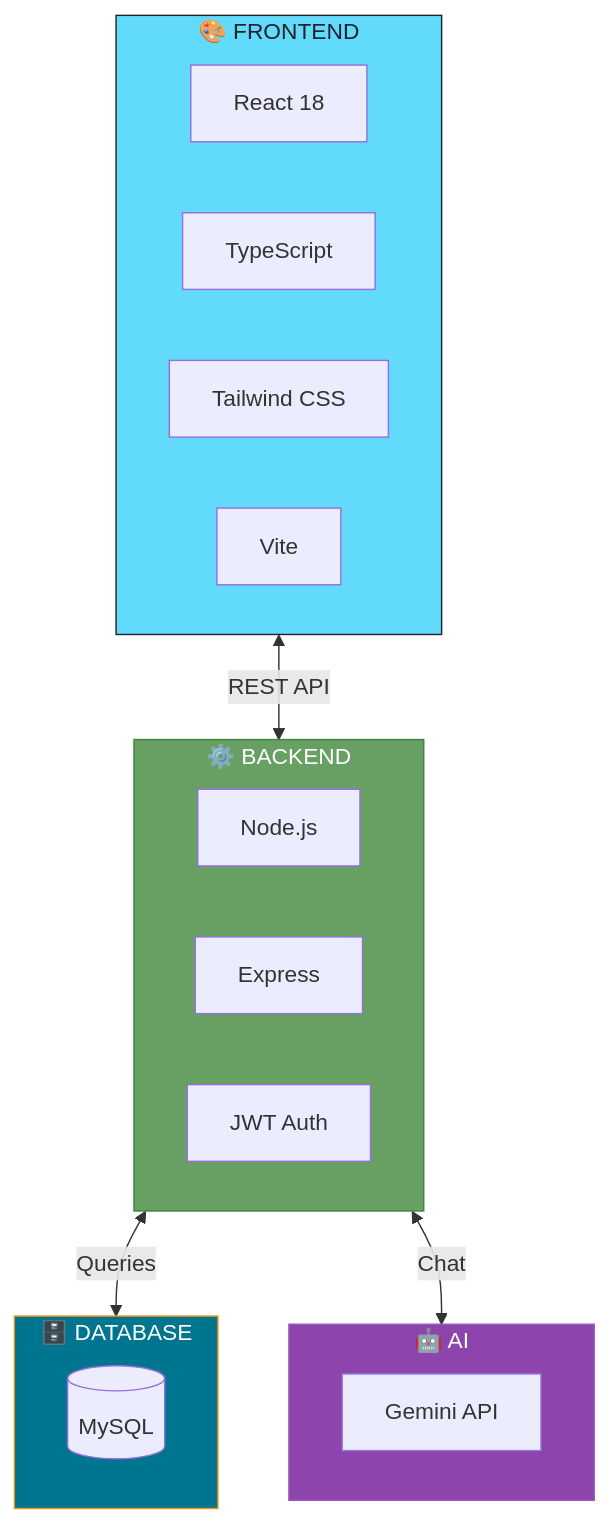
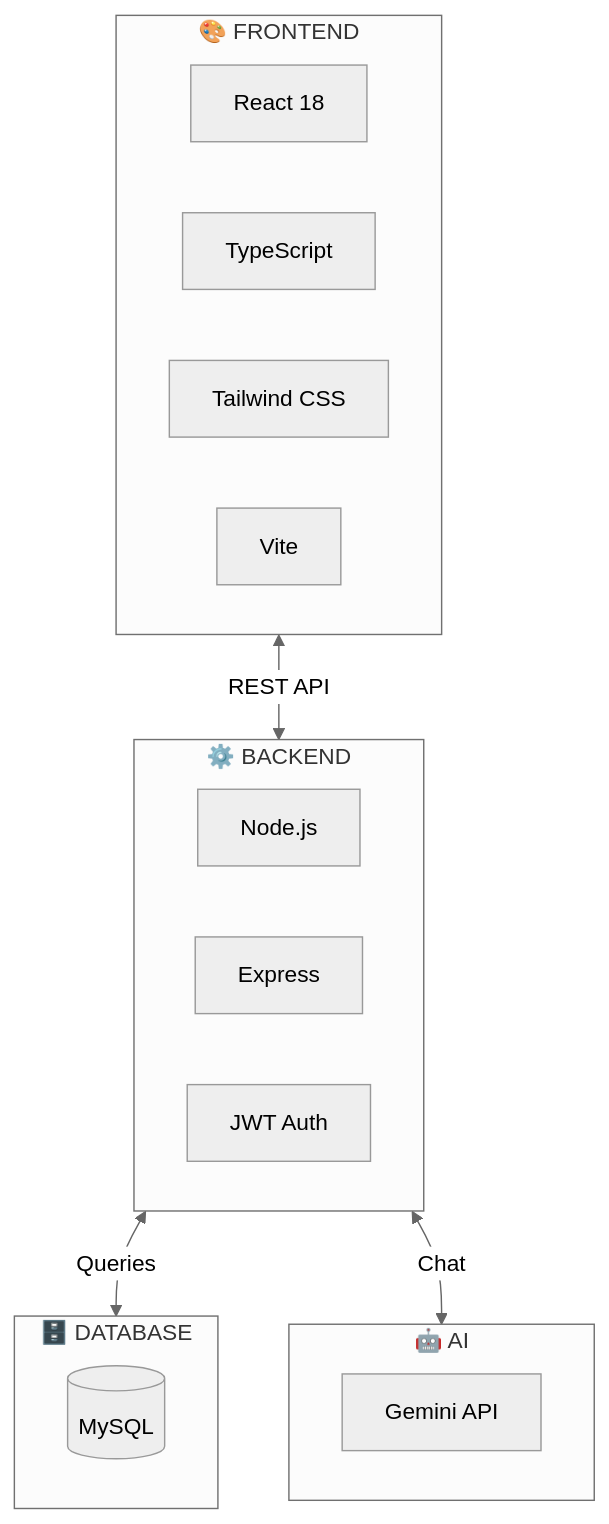
The third of 3 diagrams in docs/README.md (decagraff/LCService), drawn with Mermaid before and after one commit. The commit also changed other lines of this file and 7 other files, not shown here.

````diff
--- a/docs/README.md
+++ b/docs/README.md
@@ -135,32 +127,28 @@
 ```mermaid
+%%{init: {'theme': 'neutral'}}%%
 graph TB
     subgraph Frontend["🎨 FRONTEND"]
         R[React 18]
         TS[TypeScript]
         TW[Tailwind CSS]
         V[Vite]
     end
 
     subgraph Backend["⚙️ BACKEND"]
         N[Node.js]
         E[Express]
         J[JWT Auth]
     end
 
     subgraph Database["🗄️ DATABASE"]
         M[(MySQL)]
     end
 
     subgraph AI["🤖 AI"]
         G[Gemini API]
     end
 
     Frontend <-->|REST API| Backend
     Backend <-->|Queries| Database
     Backend <-->|Chat| AI
-
-    style Frontend fill:#61dafb,stroke:#20232a,color:#20232a
-    style Backend fill:#68a063,stroke:#3c873a,color:#fff
-    style Database fill:#00758f,stroke:#f29111,color:#fff
-    style AI fill:#8e44ad,stroke:#9b59b6,color:#fff
 ```
````
